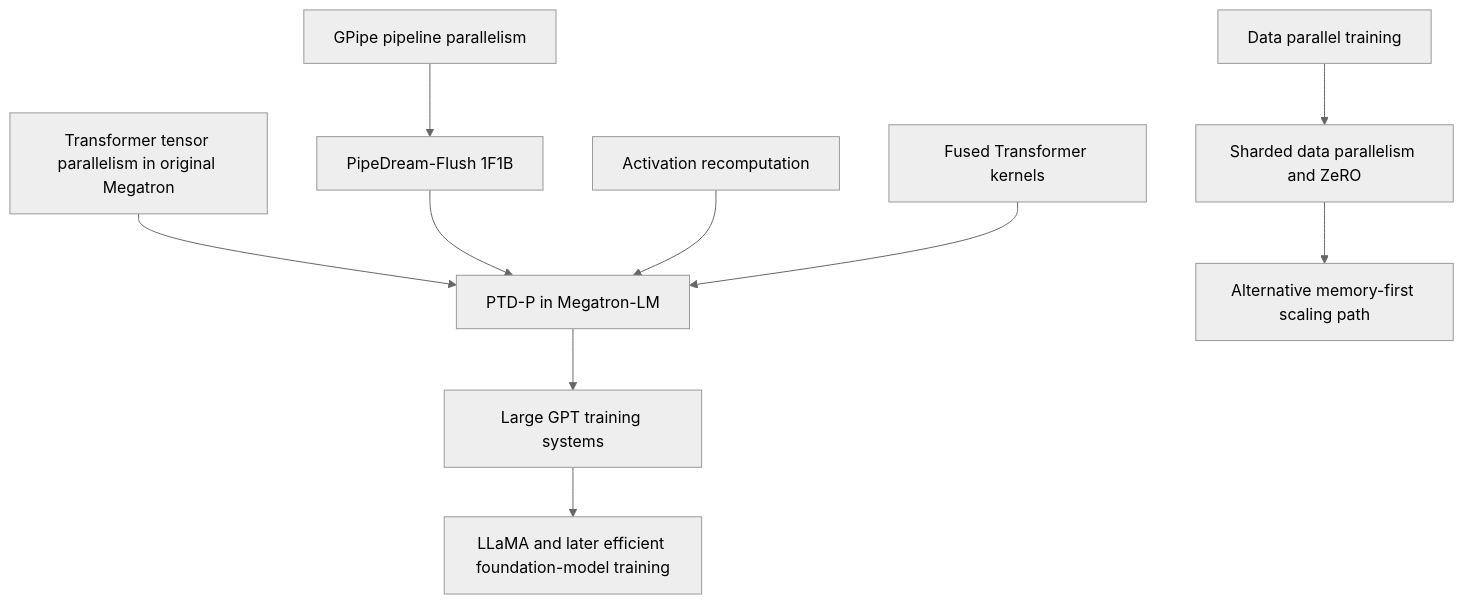
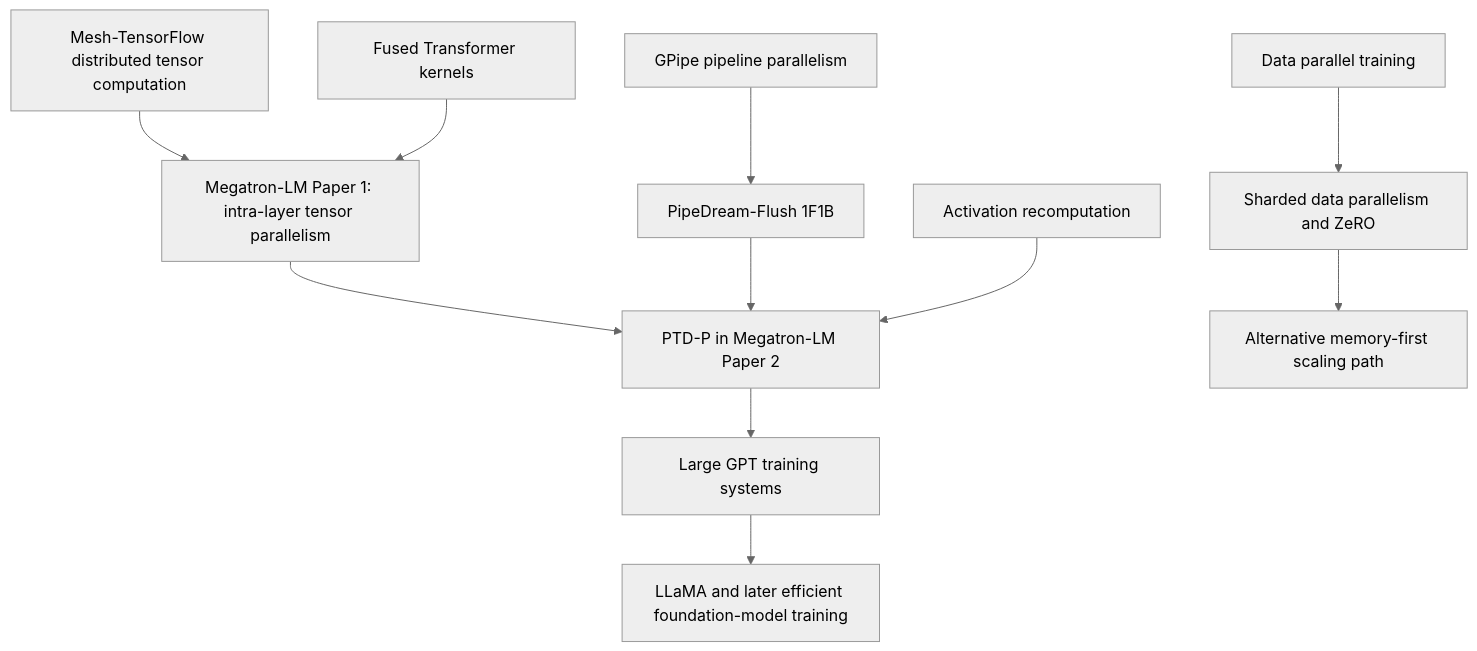
The second of 2 diagrams in docs/training/megatron-lm/index.md (zhongzhouTan-coder/zhongzhouTan-coder.github.io), drawn with Mermaid (neutral theme) before and after one commit. The commit also changed other lines of this file and 35 other files, not shown here.

````diff
--- a/docs/training/megatron-lm/index.md
+++ b/docs/training/megatron-lm/index.md
@@ -53,12 +66,13 @@
 ```mermaid
 flowchart TD
     A[Data parallel training] --> B[Sharded data parallelism and ZeRO]
-    C[Transformer tensor parallelism in original Megatron] --> D[PTD-P in Megatron-LM]
-    E[GPipe pipeline parallelism] --> F[PipeDream-Flush 1F1B]
-    F --> D
-    G[Activation recomputation] --> D
-    H[Fused Transformer kernels] --> D
-    B --> I[Alternative memory-first scaling path]
-    D --> J[Large GPT training systems]
-    J --> K[LLaMA and later efficient foundation-model training]
+    C[Mesh-TensorFlow distributed tensor computation] --> D[Megatron-LM Paper 1: intra-layer tensor parallelism]
+    D --> E[PTD-P in Megatron-LM Paper 2]
+    F[GPipe pipeline parallelism] --> G[PipeDream-Flush 1F1B]
+    G --> E
+    H[Activation recomputation] --> E
+    I[Fused Transformer kernels] --> D
+    E --> J[Large GPT training systems]
+    B --> K[Alternative memory-first scaling path]
+    J --> L[LLaMA and later efficient foundation-model training]
 ```
````
